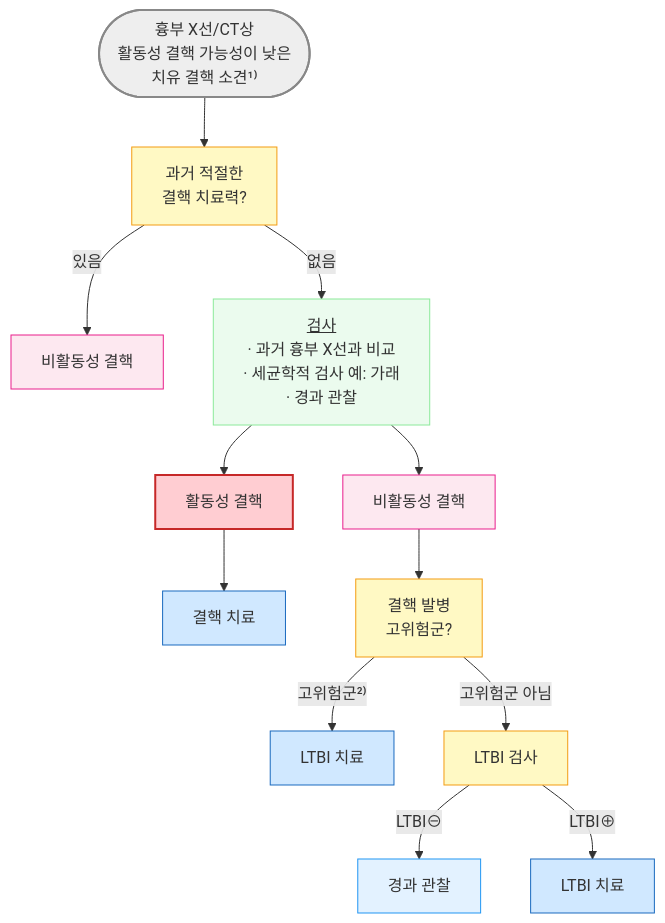
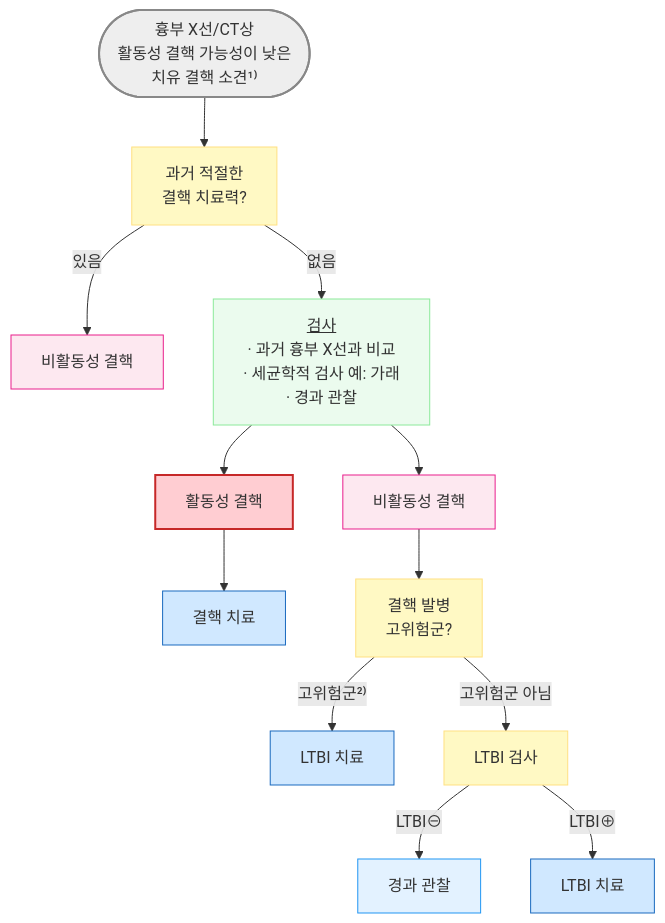
The second of 4 diagrams in 223_/070_-tuberculosis.md (familyoh77/familyoh77), drawn with Mermaid before and after one commit. The commit also changed other lines of this file, not shown here.

````diff
--- a/223_/070_-tuberculosis.md
+++ b/223_/070_-tuberculosis.md
@@ -360,40 +377,40 @@
 ```mermaid
 graph TD
     Start(["흉부 X선/CT상<br/>활동성 결핵 가능성이 낮은 <br/>치유 결핵 소견¹⁾"])
     Q1["과거 적절한<br/>결핵 치료력?"]
     HasTx["비활동성 결핵"]
     Exam["<u>검사</u><br/>· 과거 흉부 X선과 비교<br/>· 세균학적 검사 예: 가래<br/>· 경과 관찰"]
     ActiveTb["활동성 결핵"]
     ActiveTx["결핵 치료"]
     Inactive["비활동성 결핵"]
     Q2["결핵 발병<br/>고위험군?"]
     HighRisk["LTBI 치료"]
     NotHigh["LTBI 검사"]
     LTBINeg["경과 관찰"]
     LTBIPos["LTBI 치료"]
 
     Start --> Q1
-    Q1 -->|있음| HasTx
-    Q1 -->|없음| Exam
+    Q1 -->|"있음"| HasTx
+    Q1 -->|"없음"| Exam
     Exam --> ActiveTb
     Exam --> Inactive
     ActiveTb --> ActiveTx
     Inactive --> Q2
-    Q2 -->|고위험군²⁾| HighRisk
-    Q2 -->|고위험군 아님| NotHigh
-    NotHigh -->|LTBI⊖| LTBINeg
-    NotHigh -->|LTBI⊕| LTBIPos
+    Q2 -->|"고위험군²⁾"| HighRisk
+    Q2 -->|"고위험군 아님"| NotHigh
+    NotHigh -->|"LTBI⊖"| LTBINeg
+    NotHigh -->|"LTBI⊕"| LTBIPos
 
     style Start fill:#eeeeee,stroke:#888888,stroke-width:2px
-    classDef yellow fill:#fff9c4,stroke:#f39c12
+    classDef yellow fill:#fff9c4,stroke:#ffe082
     class Q1,Q2,NotHigh yellow
     classDef pink fill:#fde8f0,stroke:#e91e8c
     class HasTx,Inactive pink
 classDef sky fill:#e3f2ff,stroke:#2196f3
 class LTBINeg sky
 classDef blue fill:#d0e8ff,stroke:#1a6abf
 class LTBIPos,HighRisk,ActiveTx blue
 style ActiveTb fill:#ffcdd2,stroke:#c62828,stroke-width:2px
     style Exam fill:#ebfbee,stroke:#8ce99a
 
 ```
````
